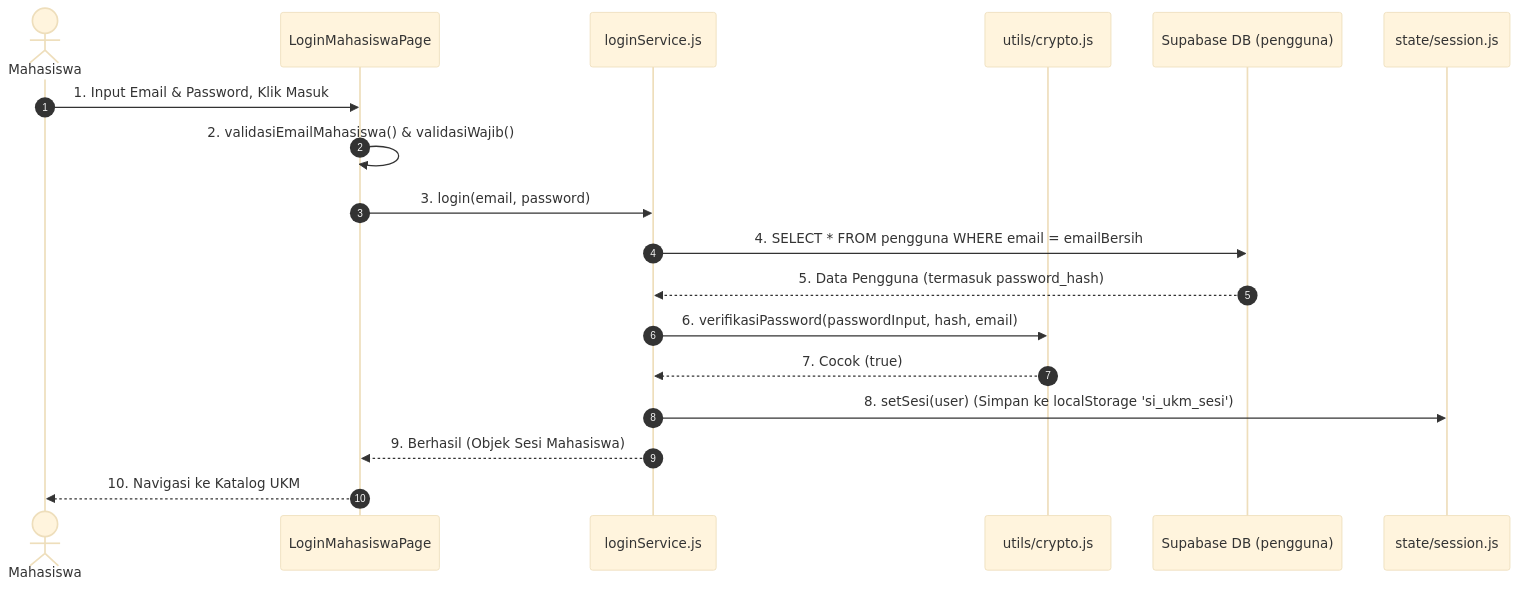
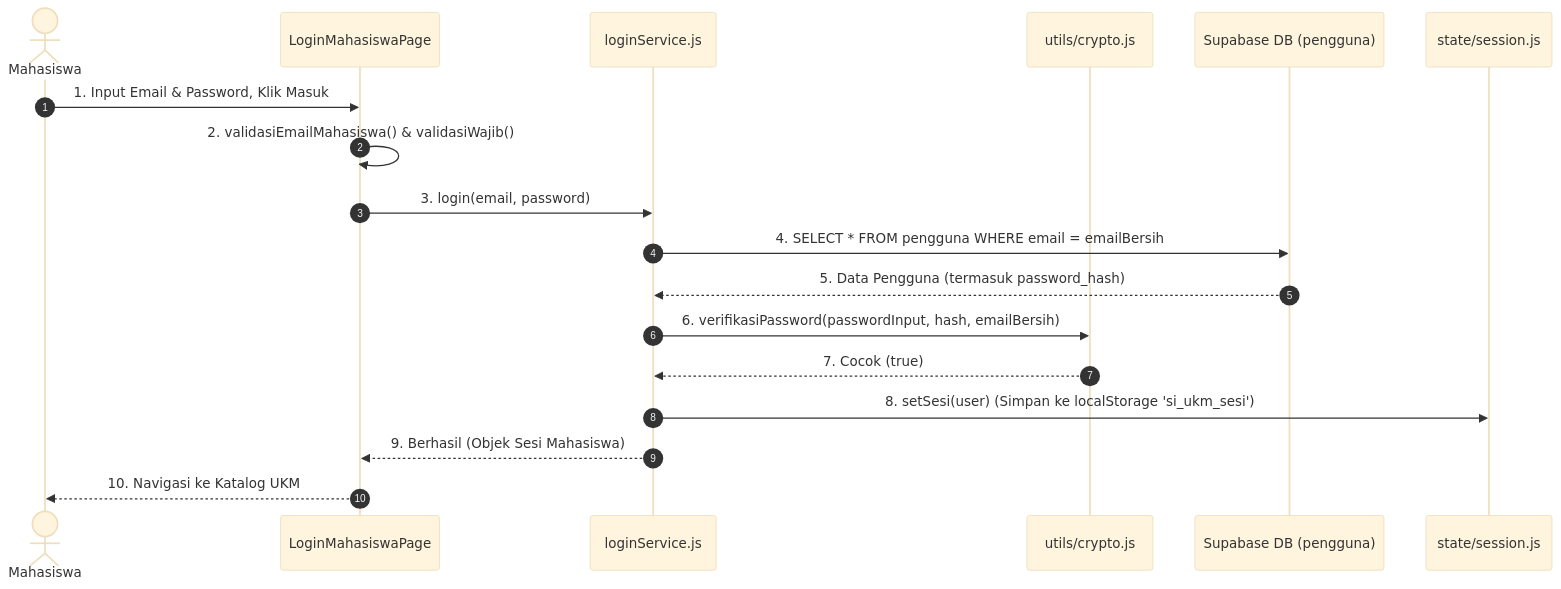
Before and after one commit to Cicatrixscar/SI-UKM-UB: the second of 5 diagrams in docs/Bedah_Detail_Diagram_vs_Kode.md, drawn with Mermaid (base theme).

Commit message:
Fix email variable in password verification process

````diff
--- a/docs/Bedah_Detail_Diagram_vs_Kode.md
+++ b/docs/Bedah_Detail_Diagram_vs_Kode.md
@@ -54,21 +54,21 @@
 ```mermaid
 sequenceDiagram
     autonumber
     actor Mahasiswa
     participant View as LoginMahasiswaPage
     participant Service as loginService.js
     participant Crypto as utils/crypto.js
     participant DB as Supabase DB (pengguna)
     participant State as state/session.js
 
     Mahasiswa->>View: 1. Input Email & Password, Klik Masuk
     View->>View: 2. validasiEmailMahasiswa() & validasiWajib()
     View->>Service: 3. login(email, password)
     Service->>DB: 4. SELECT * FROM pengguna WHERE email = emailBersih
     DB-->>Service: 5. Data Pengguna (termasuk password_hash)
-    Service->>Crypto: 6. verifikasiPassword(passwordInput, hash, email)
+    Service->>Crypto: 6. verifikasiPassword(passwordInput, hash, emailBersih)
     Crypto-->>Service: 7. Cocok (true)
     Service->>State: 8. setSesi(user) (Simpan ke localStorage 'si_ukm_sesi')
     Service-->>View: 9. Berhasil (Objek Sesi Mahasiswa)
     View-->>Mahasiswa: 10. Navigasi ke Katalog UKM
 ```
````
